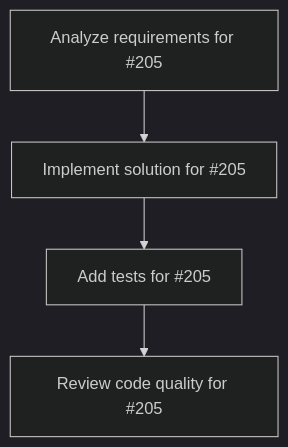
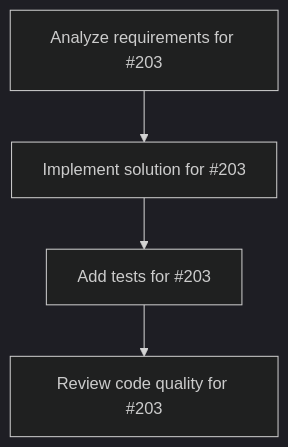
The diagram in Plans.md (ShunsukeHayashi/miyabi-code), drawn with Mermaid (dark theme) before and after one commit. The commit also changed other lines of this file and 3 other files, not shown here.

````diff
--- a/Plans.md
+++ b/Plans.md
@@ -103,10 +102,10 @@
 ```mermaid
 graph TD
-    task_205_analysis["Analyze requirements for #205"]
-    task_205_impl["Implement solution for #205"]
-    task_205_test["Add tests for #205"]
-    task_205_review["Review code quality for #205"]
-    task_205_analysis --> task_205_impl
-    task_205_impl --> task_205_test
-    task_205_test --> task_205_review
+    task_203_analysis["Analyze requirements for #203"]
+    task_203_impl["Implement solution for #203"]
+    task_203_test["Add tests for #203"]
+    task_203_review["Review code quality for #203"]
+    task_203_analysis --> task_203_impl
+    task_203_impl --> task_203_test
+    task_203_test --> task_203_review
 ```
````
